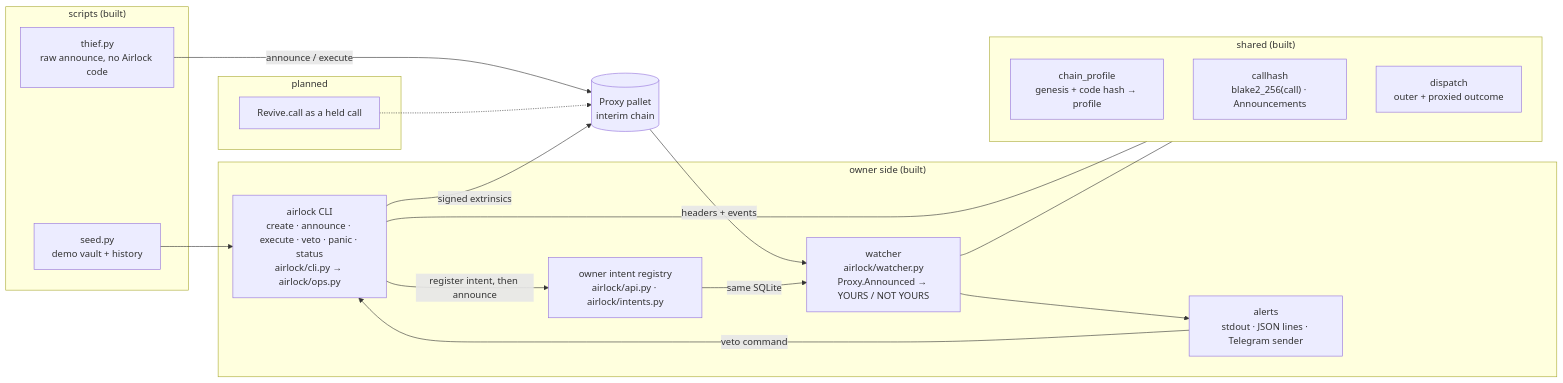
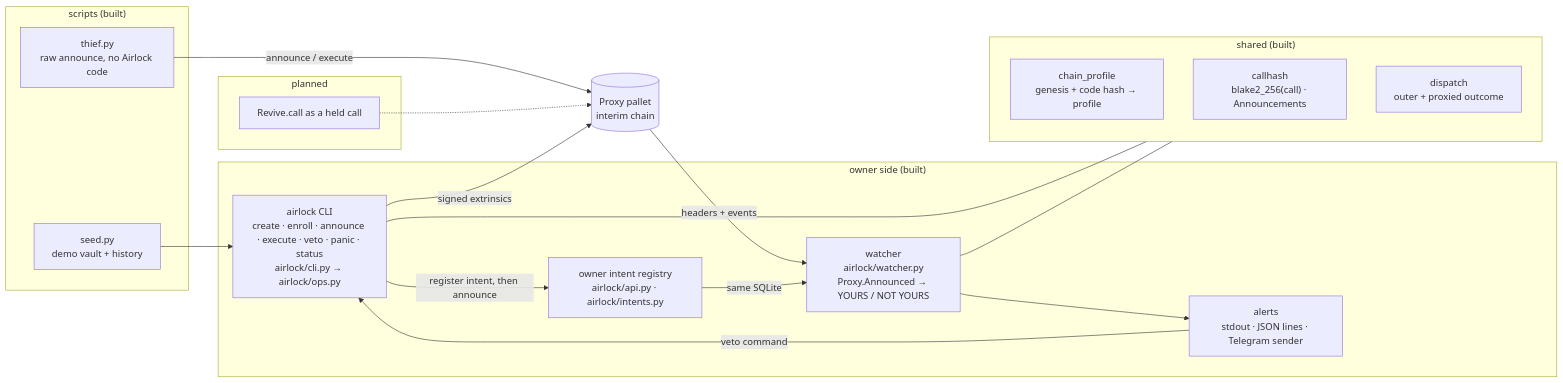
Before and after one commit to edycutjong/portaldot-hackathon-2026-airlock-edycu: the diagram in README.md, drawn with Mermaid. The commit also changed other lines of this file and 3 other files, not shown here.

````diff
--- a/README.md
+++ b/README.md
@@ -54,33 +54,33 @@
 ```mermaid
 flowchart LR
   subgraph owner["owner side (built)"]
-    CLI["airlock CLI<br/>create · announce · execute · veto · panic · status<br/>airlock/cli.py → airlock/ops.py"]
+    CLI["airlock CLI<br/>create · enroll · announce · execute · veto · panic · status<br/>airlock/cli.py → airlock/ops.py"]
     W["watcher<br/>airlock/watcher.py<br/>Proxy.Announced → YOURS / NOT YOURS"]
     REG["owner intent registry<br/>airlock/api.py · airlock/intents.py"]
     AL["alerts<br/>stdout · JSON lines · Telegram sender"]
   end
   subgraph core["shared (built)"]
     CP["chain_profile<br/>genesis + code hash → profile"]
     CH["callhash<br/>blake2_256(call) · Announcements"]
     DP["dispatch<br/>outer + proxied outcome"]
   end
   subgraph scripts["scripts (built)"]
     SEED["seed.py<br/>demo vault + history"]
     TH["thief.py<br/>raw announce, no Airlock code"]
   end
   subgraph planned["planned"]
     REV["Revive.call as a held call"]
   end
   N[("Proxy pallet<br/>interim chain")]
   CLI -->|"signed extrinsics"| N
   SEED --> CLI
   TH -->|"announce / execute"| N
   N -->|"headers + events"| W
   W --> AL
   AL -->|"veto command"| CLI
   CLI --- core
   W --- core
   CLI -->|"register intent, then announce"| REG
   REG -->|"same SQLite"| W
   REV -.-> N
 ```
````
